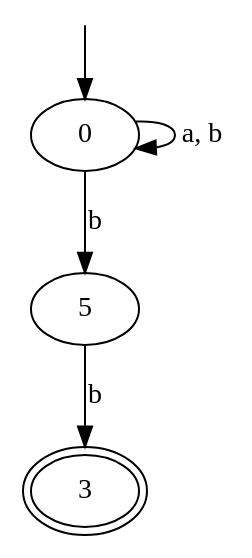
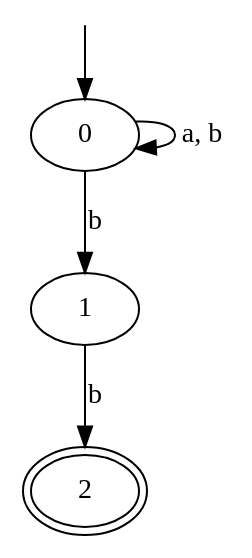
One commit to p9romain/automaton changed the diagram in nfa.dot. Above: the diagram before and after it, drawn with Graphviz. The commit also changed 13 other files, not shown here.

```diff
--- a/nfa.dot
+++ b/nfa.dot
@@ -1,9 +1,9 @@
 digraph automaton
 {
   __INVISIBLE_NODE_0__ [label= "", shape=none,height=.0,width=.0] ;
   __INVISIBLE_NODE_0__ -> 0 ;
-  3 [peripheries=2] ;
+  2 [peripheries=2] ;
   0 -> 0 [label="a, b"] ;
-  0 -> 5 [label="b"] ;
-  5 -> 3 [label="b"] ;
+  0 -> 1 [label="b"] ;
+  1 -> 2 [label="b"] ;
 }
```
